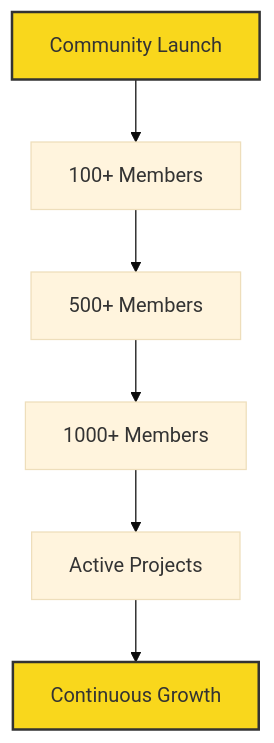
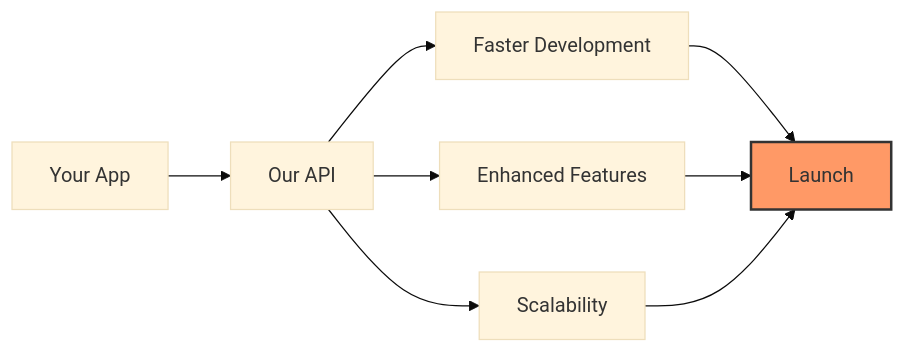
The diagram in profile/README.md (TeleDeveloperz/.github), drawn with Mermaid (base theme) before and after one commit. The commit also changed other lines of this file, not shown here.

````diff
--- a/profile/README.md
+++ b/profile/README.md
@@ -23,10 +26,11 @@
 ```mermaid
-graph TD
-    A[Community Launch] --> B[100+ Members]
-    B --> C[500+ Members]
-    C --> D[1000+ Members]
-    D --> E[Active Projects]
-    E --> F[Continuous Growth]
-    style A fill:#f9d71c,stroke:#333,stroke-width:2px
-    style F fill:#f9d71c,stroke:#333,stroke-width:2px
+graph LR
+    A[Your App] --> B[Our API]
+    B --> C[Faster Development]
+    B --> D[Enhanced Features]
+    B --> E[Scalability]
+    C --> F[Launch]
+    D --> F
+    E --> F
+    style F fill:#f96,stroke:#333,stroke-width:2px
 ```
````
